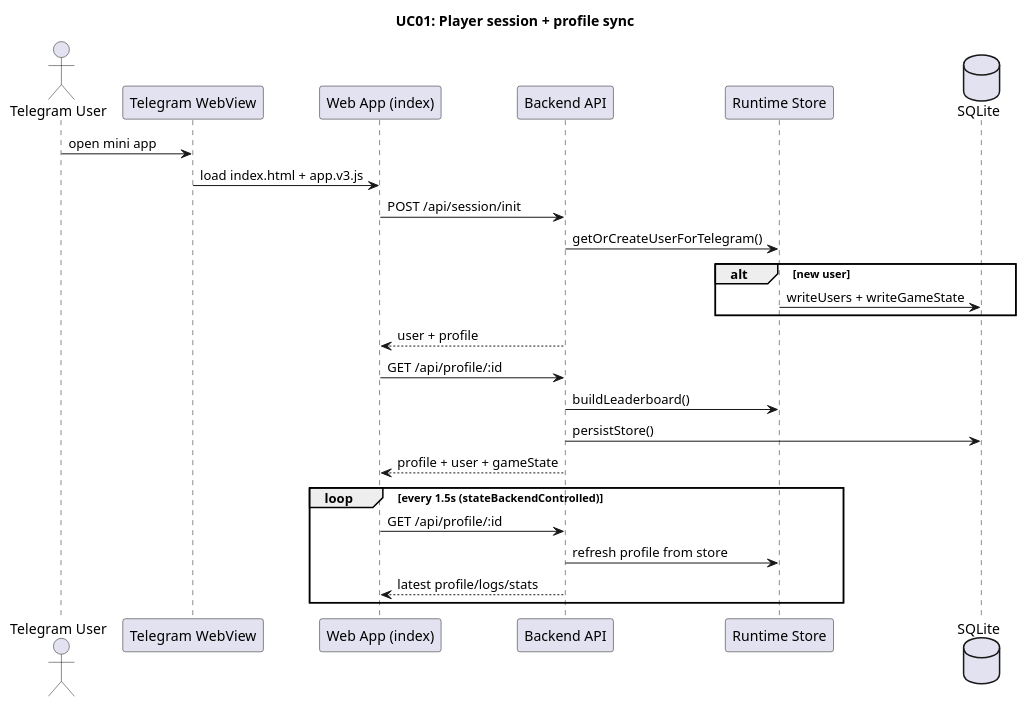
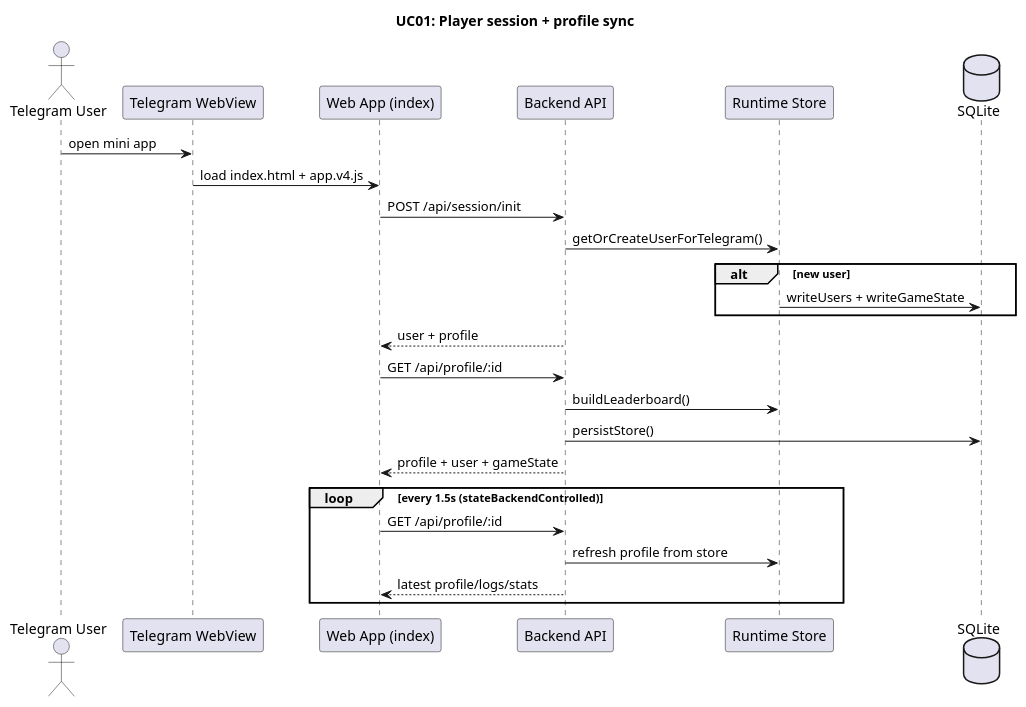
The diagram in docs/ascii/uc01_player_session_and_profile_polling.puml (yeargor/palmerin), drawn with PlantUML before and after one commit. The commit also changed 39 other files, not shown here.

```diff
--- a/docs/ascii/uc01_player_session_and_profile_polling.puml
+++ b/docs/ascii/uc01_player_session_and_profile_polling.puml
@@ -1,32 +1,32 @@
 @startuml
 title UC01: Player session + profile sync
 
 actor "Telegram User" as U
 participant "Telegram WebView" as TG
 participant "Web App (index)" as WEB
 participant "Backend API" as API
 participant "Runtime Store" as STORE
 database "SQLite" as DB
 
 U -> TG : open mini app
-TG -> WEB : load index.html + app.v3.js
+TG -> WEB : load index.html + app.v4.js
 
 WEB -> API : POST /api/session/init
 API -> STORE : getOrCreateUserForTelegram()
 alt new user
   STORE -> DB : writeUsers + writeGameState
 end
 API --> WEB : user + profile
 
 WEB -> API : GET /api/profile/:id
 API -> STORE : buildLeaderboard()
 API -> DB : persistStore()
 API --> WEB : profile + user + gameState
 
 loop every 1.5s (stateBackendControlled)
   WEB -> API : GET /api/profile/:id
   API -> STORE : refresh profile from store
   API --> WEB : latest profile/logs/stats
 end
 
 @enduml
```
